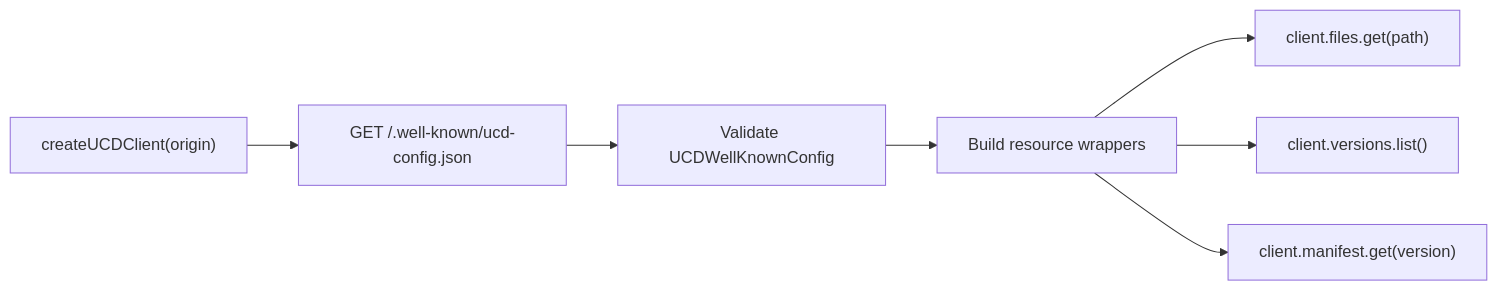
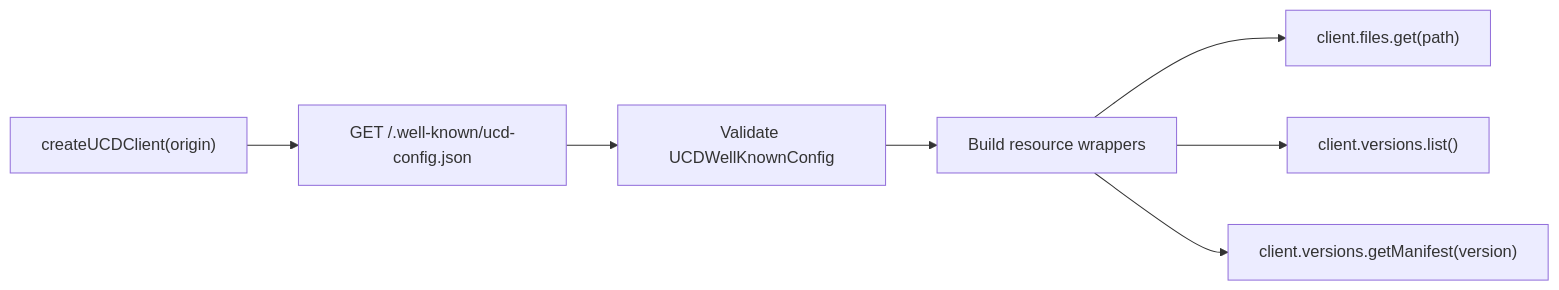
One commit to ucdjs/ucd changed the third of 3 diagrams in apps/docs/content/contributing/development/architecture/data-flow.mdx. Above: the diagram before and after it, drawn with Mermaid. The commit also changed other lines of this file and 22 other files, not shown here.

````diff
--- a/apps/docs/content/contributing/development/architecture/data-flow.mdx
+++ b/apps/docs/content/contributing/development/architecture/data-flow.mdx
@@ -99,9 +99,9 @@
 ```mermaid
 flowchart LR
   A["createUCDClient(origin)"] --> B["GET /.well-known/ucd-config.json"]
   B --> C["Validate UCDWellKnownConfig"]
   C --> D["Build resource wrappers"]
   D --> E["client.files.get(path)"]
   D --> F["client.versions.list()"]
-  D --> G["client.manifest.get(version)"]
+  D --> G["client.versions.getManifest(version)"]
 ```
````
